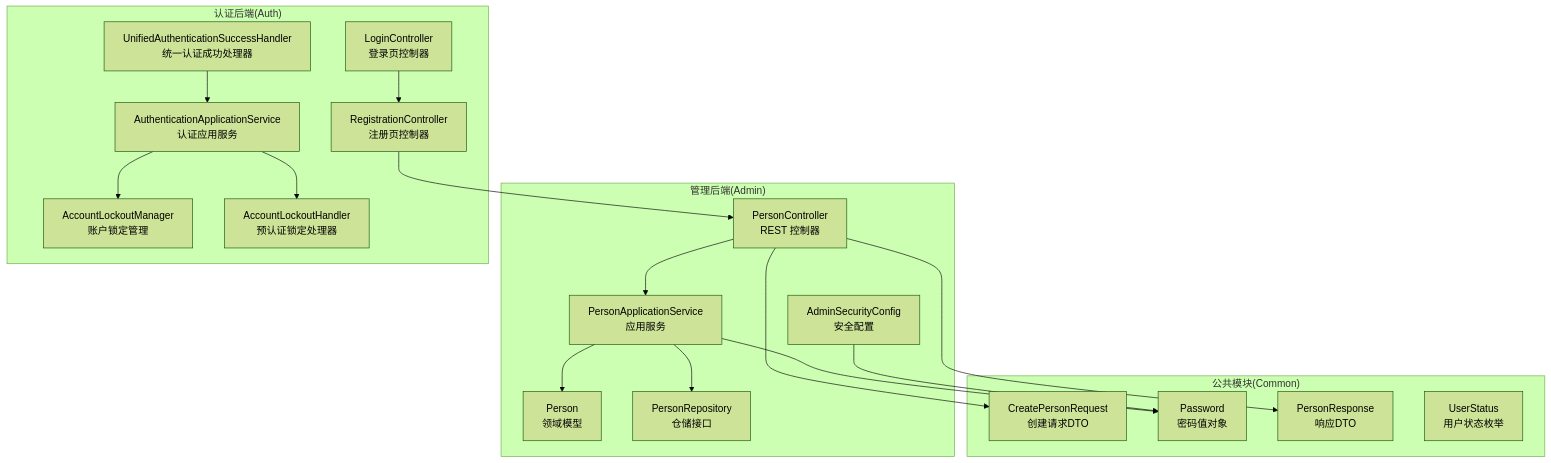
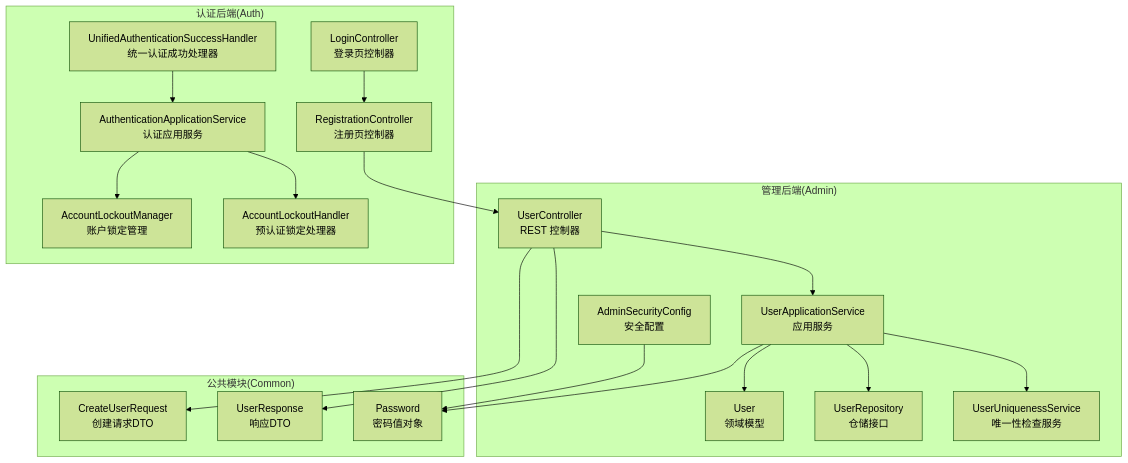
Before and after one commit to fq0121104930716/iam-platform: the first of 7 diagrams in .qoder/repowiki/zh/content/项目概述/核心功能/用户管理功能.md, drawn with Mermaid (forest theme). The commit also changed other lines of this file and 75 other files, not shown here.

````diff
--- a/.qoder/repowiki/zh/content/项目概述/核心功能/用户管理功能.md
+++ b/.qoder/repowiki/zh/content/项目概述/核心功能/用户管理功能.md
@@ -43,36 +54,37 @@
 ```mermaid
 graph TB
 subgraph "管理后端(Admin)"
-AC["PersonController<br/>REST 控制器"]
-AS["PersonApplicationService<br/>应用服务"]
-PM["Person<br/>领域模型"]
-PR["PersonRepository<br/>仓储接口"]
+UC["UserController<br/>REST 控制器"]
+US["UserApplicationService<br/>应用服务"]
+UM["User<br/>领域模型"]
+UR["UserRepository<br/>仓储接口"]
 SEC["AdminSecurityConfig<br/>安全配置"]
+UA["UserUniquenessService<br/>唯一性检查服务"]
 end
 subgraph "认证后端(Auth)"
 LC["LoginController<br/>登录页控制器"]
 RC["RegistrationController<br/>注册页控制器"]
 AU["AuthenticationApplicationService<br/>认证应用服务"]
 UASH["UnifiedAuthenticationSuccessHandler<br/>统一认证成功处理器"]
 ALM["AccountLockoutManager<br/>账户锁定管理"]
 ALH["AccountLockoutHandler<br/>预认证锁定处理器"]
 end
 subgraph "公共模块(Common)"
-CPR["CreatePersonRequest<br/>创建请求DTO"]
+CUR["CreateUserRequest<br/>创建请求DTO"]
+USR["UserResponse<br/>响应DTO"]
 PWD["Password<br/>密码值对象"]
-PS["PersonResponse<br/>响应DTO"]
-US["UserStatus<br/>用户状态枚举"]
 end
-AC --> AS
-AS --> PM
-AS --> PR
-AS --> PWD
-AC --> CPR
-AC --> PS
+UC --> US
+US --> UM
+US --> UR
+US --> UA
+US --> PWD
+UC --> CUR
+UC --> USR
 LC --> RC
-RC --> AC
+RC --> UC
 AU --> ALH
 AU --> ALM
 UASH --> AU
 SEC --> PWD
 ```
````
